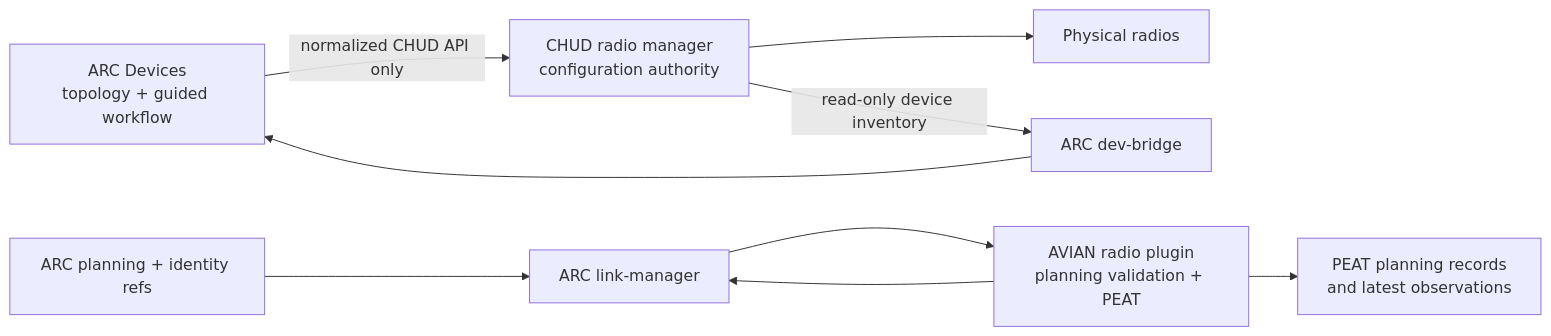
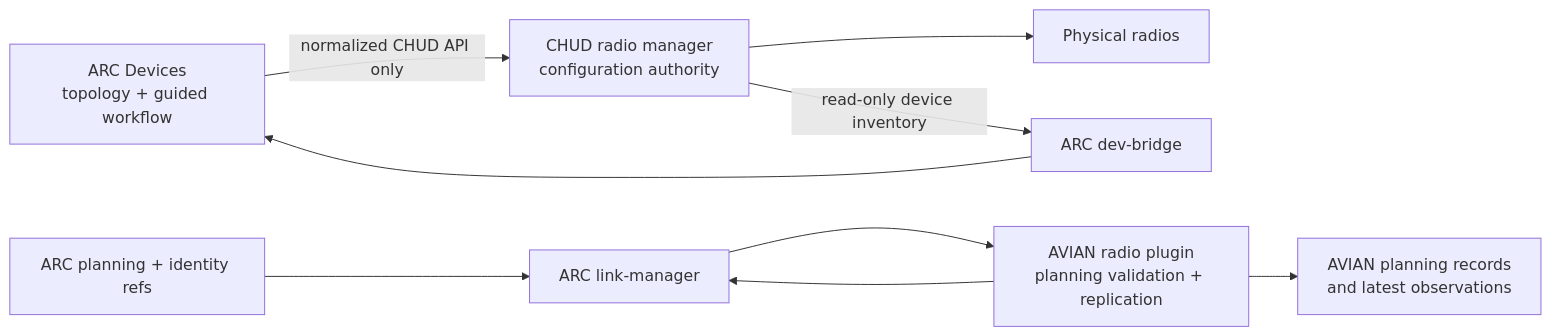
The diagram in docs/arc-radio-plugin.md (andrewodom18/AVIAN), drawn with Mermaid before and after one commit. The commit also changed other lines of this file and 71 other files, not shown here.

````diff
--- a/docs/arc-radio-plugin.md
+++ b/docs/arc-radio-plugin.md
@@ -9,11 +9,11 @@
 ```mermaid
 flowchart LR
     UI["ARC Devices\ntopology + guided workflow"] -- "normalized CHUD API only" --> CHUD["CHUD radio manager\nconfiguration authority"]
     CHUD --> RADIO["Physical radios"]
     CHUD -- "read-only device inventory" --> BRIDGE["ARC dev-bridge"]
     BRIDGE --> UI
     PLAN["ARC planning + identity refs"] --> LM["ARC link-manager"]
-    LM --> PLUGIN["AVIAN radio plugin\nplanning validation + PEAT"]
-    PLUGIN --> PEAT["PEAT planning records\nand latest observations"]
+    LM --> PLUGIN["AVIAN radio plugin\nplanning validation + replication"]
+    PLUGIN --> AVIAN["AVIAN planning records\nand latest observations"]
     PLUGIN --> LM
 ```
````
